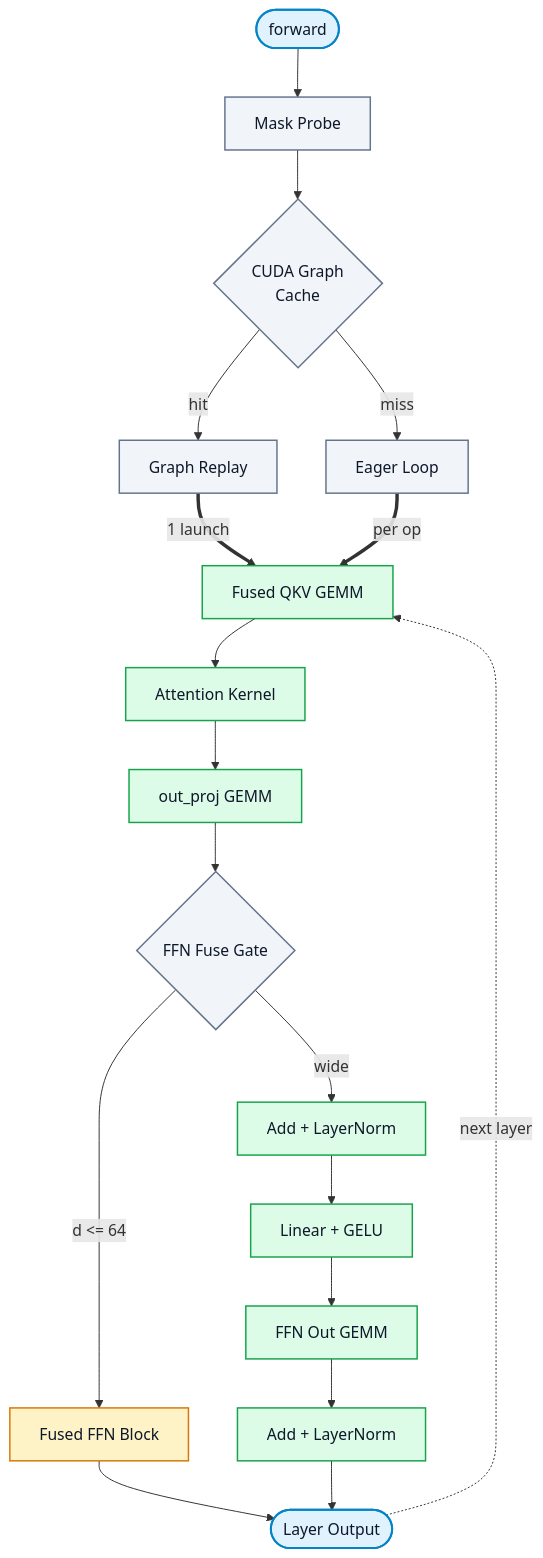
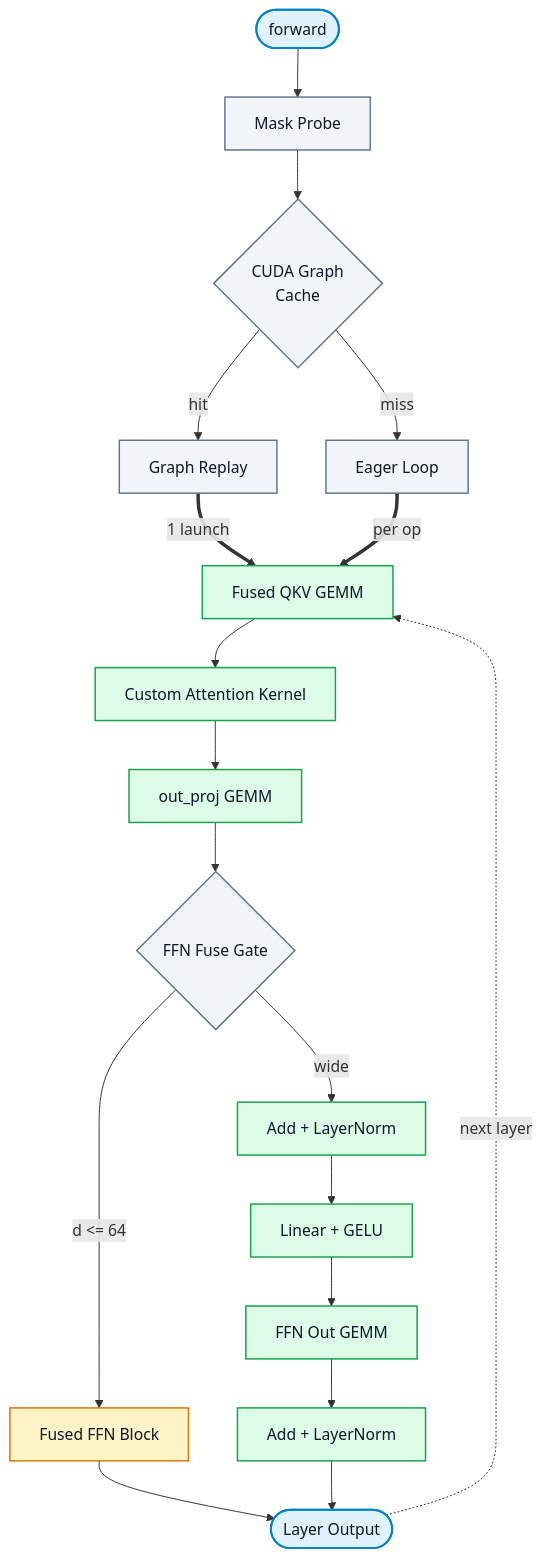
Before and after one commit to jazwinn/Distraction-OptimizedTransformerLayer: the first of 6 diagrams in attention_dispatch_graph.md, drawn with Mermaid. The commit also changed other lines of this file and 10 other files, not shown here.

````diff
--- a/attention_dispatch_graph.md
+++ b/attention_dispatch_graph.md
@@ -17,51 +17,51 @@
 ```mermaid
 flowchart TD
     entry(["forward"])
     probe["Mask Probe"]
     gcache{"CUDA Graph<br/>Cache"}
     replay["Graph Replay"]
     eager["Eager Loop"]
 
     qkv["Fused QKV GEMM"]
-    attn["Attention Kernel"]
+    attn["Custom Attention Kernel"]
     outp["out_proj GEMM"]
     fuse{"FFN Fuse Gate"}
 
     ffn_fused["Fused FFN Block"]
     ln1["Add + LayerNorm"]
     lg["Linear + GELU"]
     ffn2["FFN Out GEMM"]
     ln2["Add + LayerNorm"]
 
     result(["Layer Output"])
 
     %% Host: how the pass is run
     entry --> probe --> gcache
     gcache -->|"hit"| replay
     gcache -->|"miss"| eager
 
     %% Launch into the per-layer kernel chain
     replay ==>|"1 launch"| qkv
     eager ==>|"per op"| qkv
 
     %% One layer
     qkv --> attn --> outp --> fuse
     fuse -->|"d <= 64"| ffn_fused
     fuse -->|"wide"| ln1
     ln1 --> lg --> ffn2 --> ln2
 
     ffn_fused --> result
     ln2 --> result
     result -.->|"next layer"| qkv
 
     %% Styling
     classDef ingress fill:#e0f2fe,stroke:#0284c7,stroke-width:2px,color:#0f172a;
     classDef hostwork fill:#f1f5f9,stroke:#64748b,stroke-width:1.5px,color:#0f172a;
     classDef devicework fill:#dcfce7,stroke:#16a34a,stroke-width:1.5px,color:#0f172a;
     classDef fusedwork fill:#fef3c7,stroke:#d97706,stroke-width:1.5px,color:#0f172a;
 
     class entry,result ingress;
     class probe,gcache,replay,eager,fuse hostwork;
     class qkv,attn,outp,ln1,lg,ffn2,ln2 devicework;
     class ffn_fused fusedwork;
 ```
````
